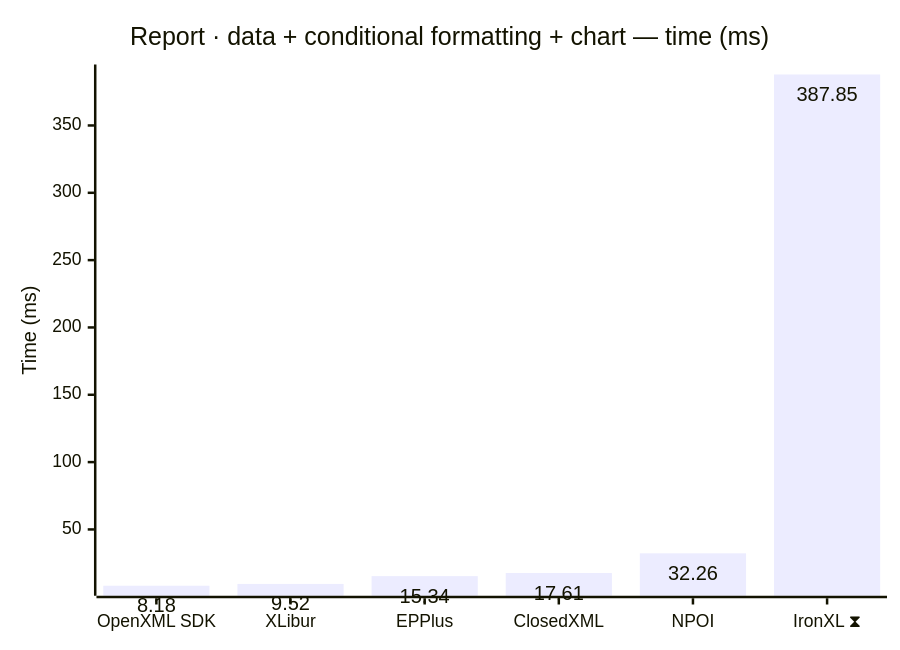
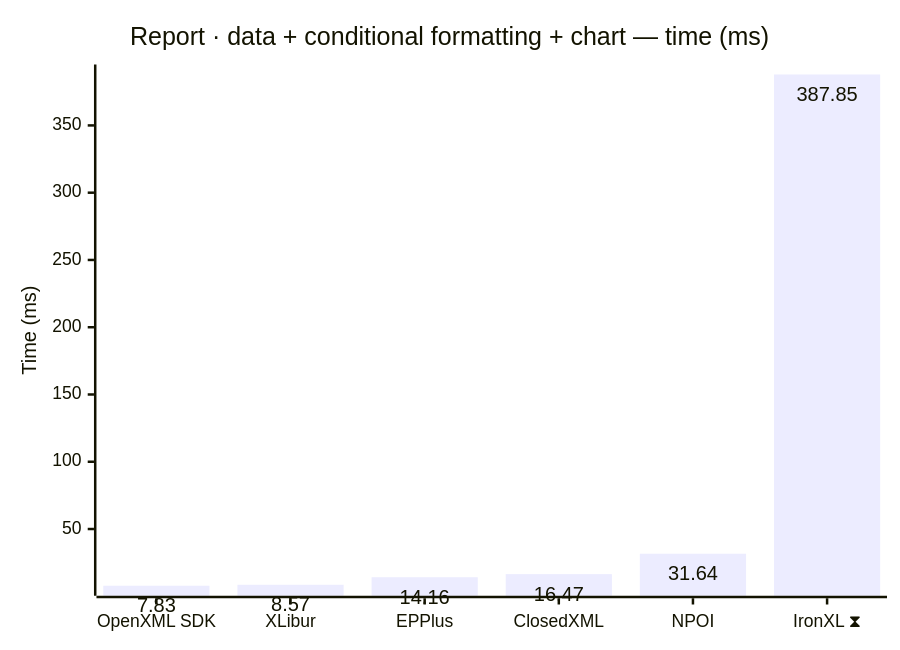
One commit to jafin/XLBench changed the seventh of 12 diagrams in docs/results.md. Above: the diagram before and after it, drawn with Mermaid. The commit also changed other lines of this file and 6 other files, not shown here.

````diff
--- a/docs/results.md
+++ b/docs/results.md
@@ -117,12 +117,12 @@
 ```mermaid
 ---
 config:
   xyChart:
     showDataLabel: true
 ---
 xychart-beta
     title "Report · data + conditional formatting + chart — time (ms)"
     x-axis ["OpenXML SDK", "XLibur", "EPPlus", "ClosedXML", "NPOI", "IronXL ⧗"]
     y-axis "Time (ms)"
-    bar [8.18, 9.52, 15.34, 17.61, 32.26, 387.85]
+    bar [7.83, 8.57, 14.16, 16.47, 31.64, 387.85]
 ```
````
